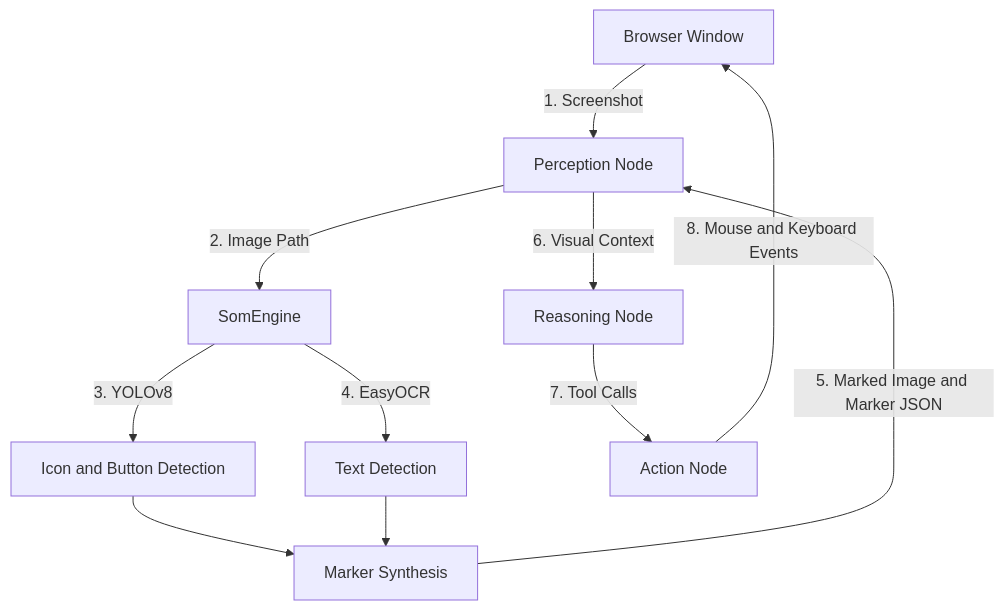
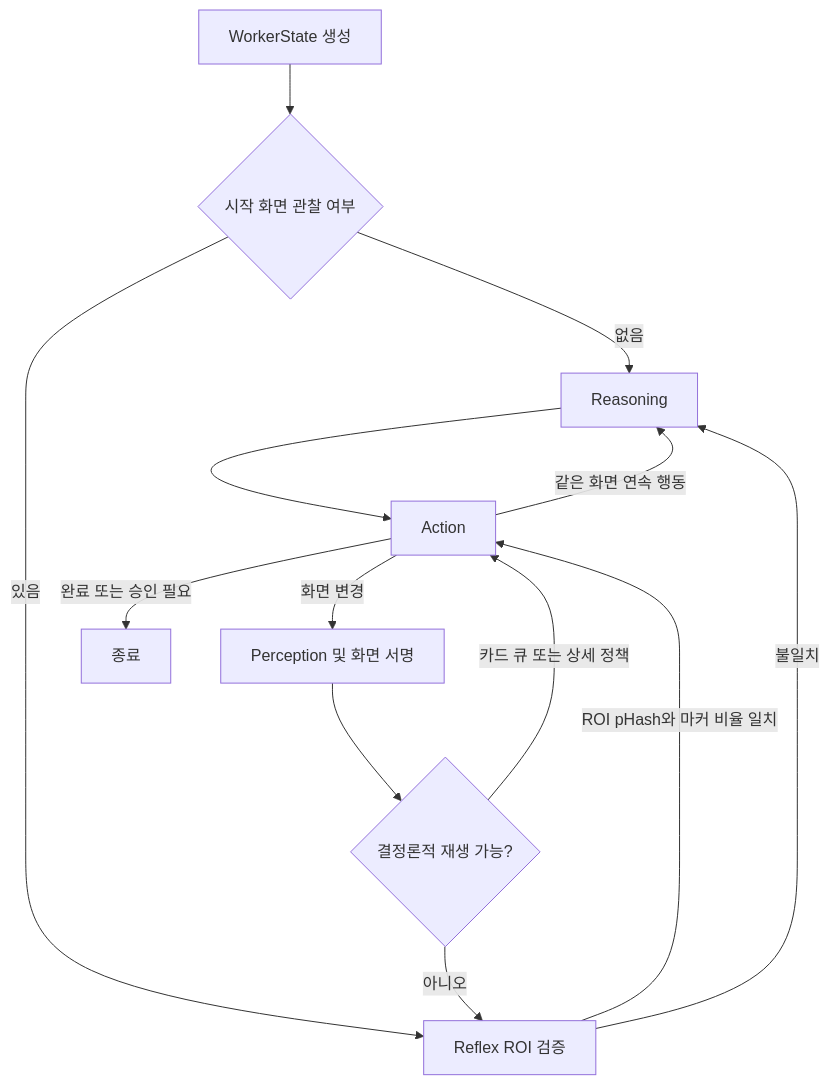
The second of 2 diagrams in ARCHITECTURE.md (Dreamtreeme/L2C), drawn with Mermaid before and after one commit. The commit also changed other lines of this file and 102 other files, not shown here.

````diff
--- a/ARCHITECTURE.md
+++ b/ARCHITECTURE.md
@@ -11,13 +41,15 @@
 ```mermaid
-graph TD
-    A[Browser Window] -->|1. Screenshot| B[Perception Node]
-    B -->|2. Image Path| C[SomEngine]
-    C -->|3. YOLOv8| D[Icon and Button Detection]
-    C -->|4. EasyOCR| E[Text Detection]
-    D --> F[Marker Synthesis]
-    E --> F
-    F -->|5. Marked Image and Marker JSON| B
-    B -->|6. Visual Context| G[Reasoning Node]
-    G -->|7. Tool Calls| H[Action Node]
-    H -->|8. Mouse and Keyboard Events| A
+flowchart TD
+    S[WorkerState 생성] --> START{시작 화면 관찰 여부}
+    START -->|없음| REASON[Reasoning]
+    START -->|있음| REFLEX[Reflex ROI 검증]
+    PERCEPTION[Perception 및 화면 서명] --> POLICY{결정론적 재생 가능?}
+    POLICY -->|카드 큐 또는 상세 정책| ACTION[Action]
+    POLICY -->|아니오| REFLEX
+    REFLEX -->|ROI pHash와 마커 비율 일치| ACTION
+    REFLEX -->|불일치| REASON
+    REASON --> ACTION
+    ACTION -->|화면 변경| PERCEPTION
+    ACTION -->|같은 화면 연속 행동| REASON
+    ACTION -->|완료 또는 승인 필요| END[종료]
 ```
````
